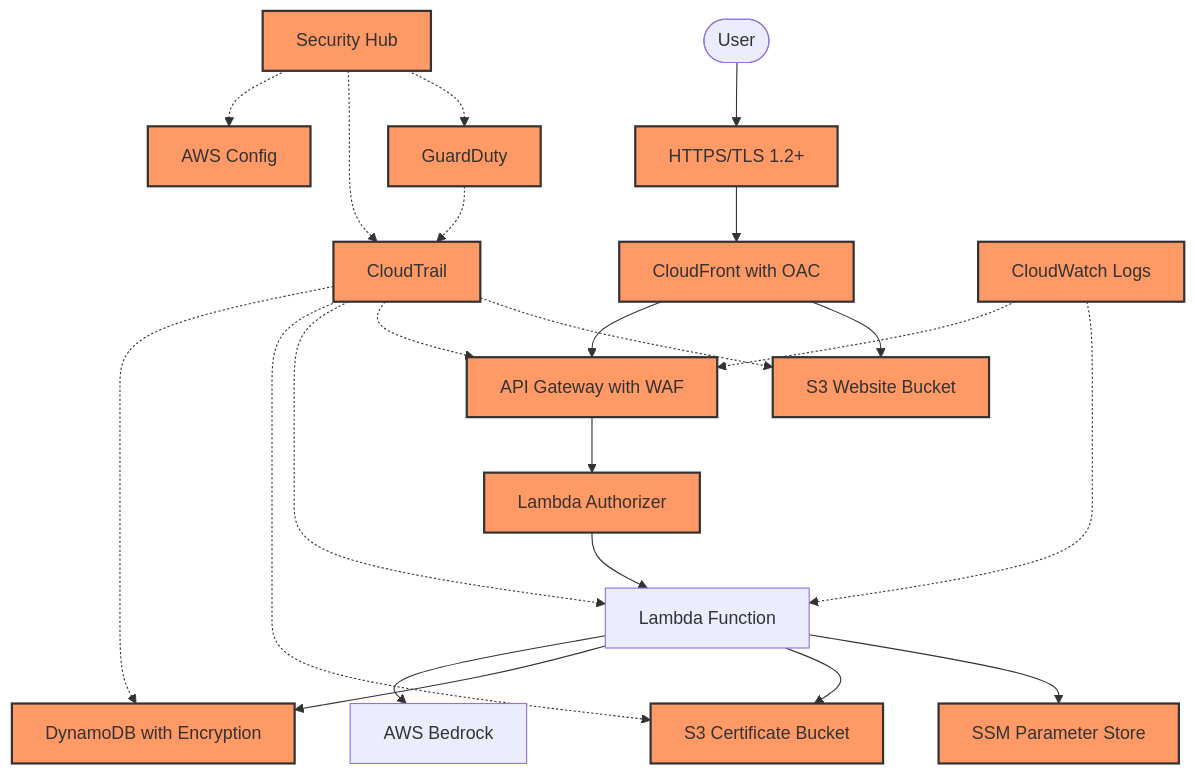
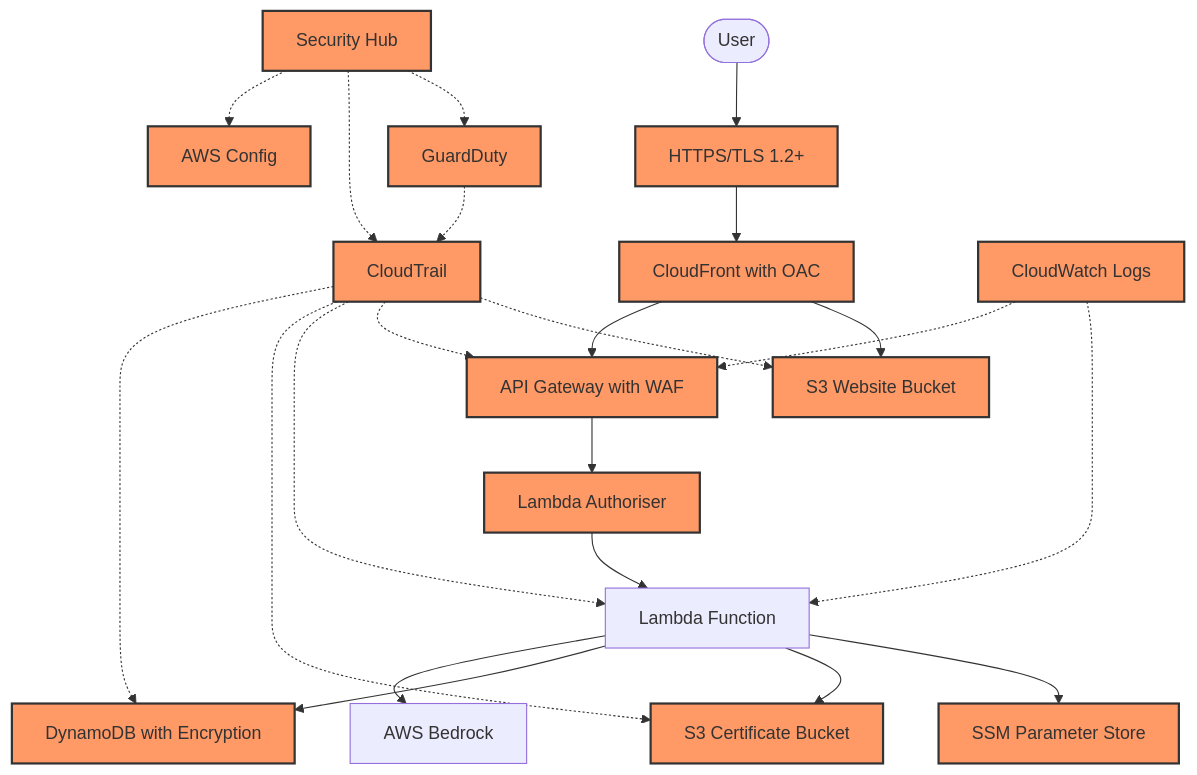
Before and after one commit to JThomas404/cloudforgex: the diagram in docs/security.md, drawn with Mermaid. The commit also changed other lines of this file and 1 other file, not shown here.

````diff
--- a/docs/security.md
+++ b/docs/security.md
@@ -46,33 +65,33 @@
 ```mermaid
 flowchart TD
     User([User]) --> HTTPS[HTTPS/TLS 1.2+]
     HTTPS --> CloudFront[CloudFront with OAC]
     CloudFront --> S3Web[S3 Website Bucket]
     CloudFront --> APIGateway[API Gateway with WAF]
-
-    APIGateway --> LambdaAuth[Lambda Authorizer]
+    
+    APIGateway --> LambdaAuth[Lambda Authoriser]
     LambdaAuth --> LambdaFunc[Lambda Function]
-
+    
     LambdaFunc --> SSM[SSM Parameter Store]
     LambdaFunc --> S3Cert[S3 Certificate Bucket]
     LambdaFunc --> DynamoDB[DynamoDB with Encryption]
     LambdaFunc --> Bedrock[AWS Bedrock]
-
+    
     CloudTrail[CloudTrail] -.-> S3Web
     CloudTrail -.-> APIGateway
     CloudTrail -.-> LambdaFunc
     CloudTrail -.-> S3Cert
     CloudTrail -.-> DynamoDB
-
+    
     CloudWatch[CloudWatch Logs] -.-> LambdaFunc
     CloudWatch -.-> APIGateway
-
+    
     GuardDuty[GuardDuty] -.-> CloudTrail
-
+    
     SecurityHub[Security Hub] -.-> GuardDuty
     SecurityHub -.-> CloudTrail
     SecurityHub -.-> Config[AWS Config]
-
+    
     classDef security fill:#f96, stroke:#333, stroke-width:2px;
     class HTTPS,CloudFront,APIGateway,LambdaAuth,SSM,S3Web,S3Cert,DynamoDB,CloudTrail,CloudWatch,GuardDuty,SecurityHub,Config security
 ```
````
